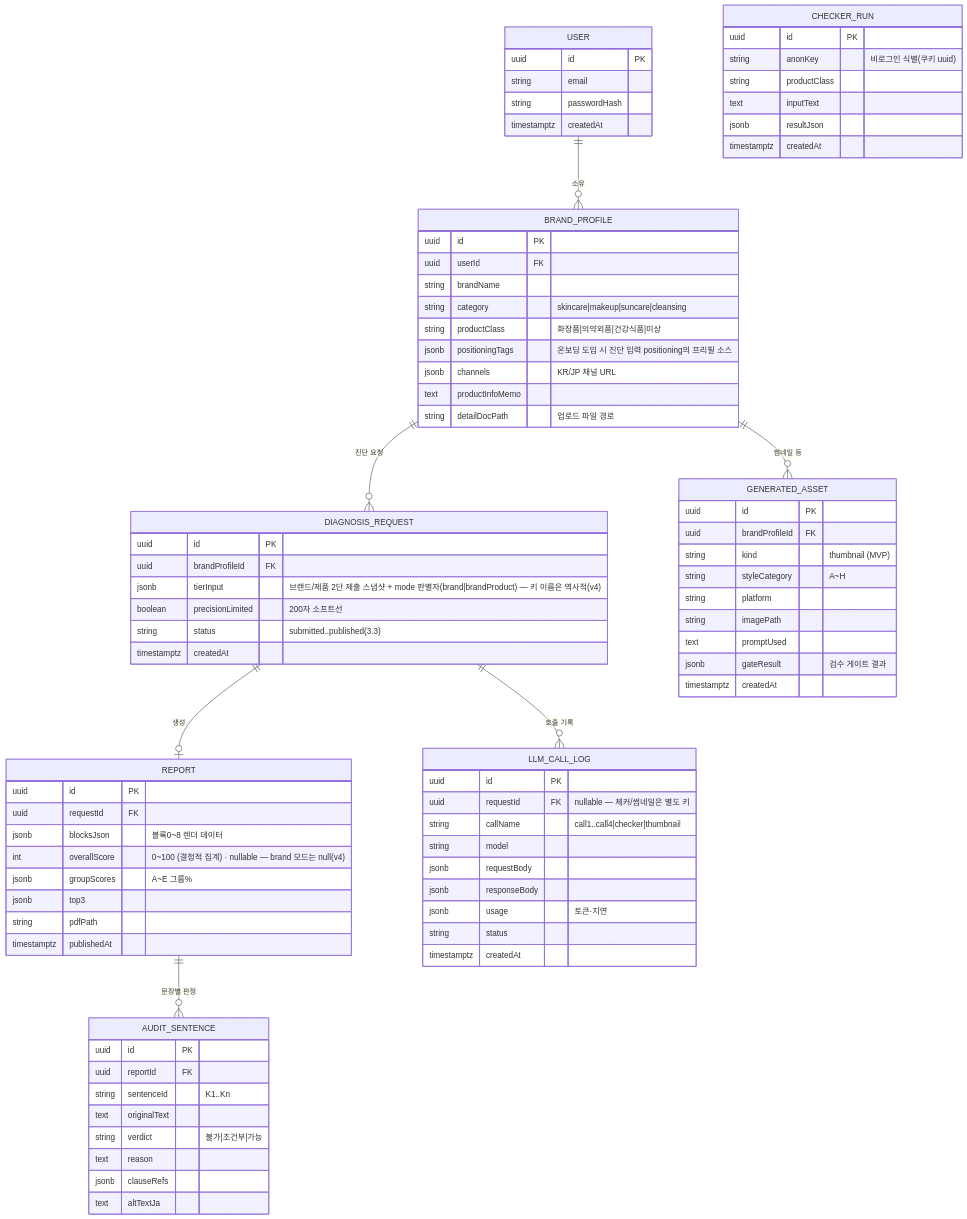
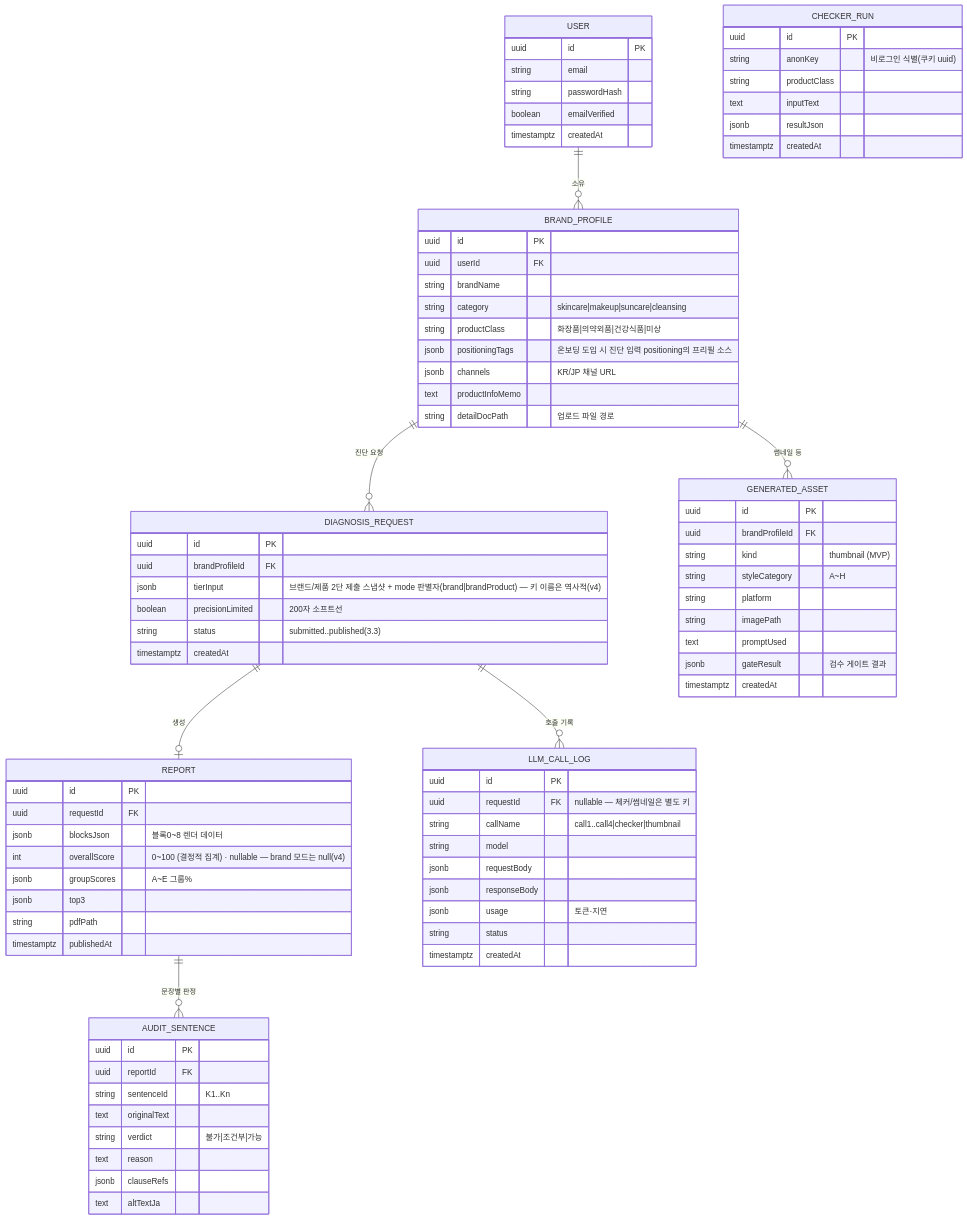
Before and after one commit to duwjd/Branch-out-to-Japan: the seventh of 7 diagrams in docs/08-data-flow.md, drawn with Mermaid. The commit also changed other lines of this file and 29 other files, not shown here.

```diff
--- a/docs/08-data-flow.md
+++ b/docs/08-data-flow.md
@@ -538,6 +538,7 @@
         uuid id PK
         string email
         string passwordHash
+        boolean emailVerified
         timestamptz createdAt
     }
     BRAND_PROFILE {
```
